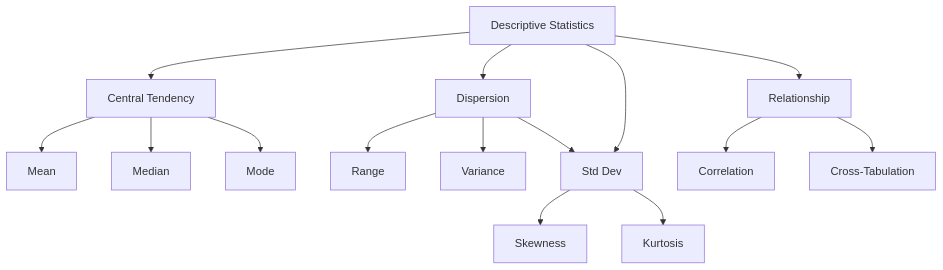
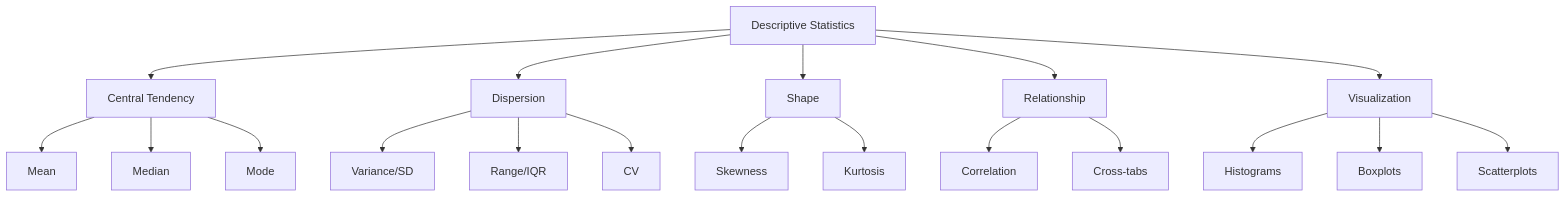
The third of 11 diagrams in 01-descriptive-statistics.md (muhammadsalek/statistics-for-scientists), drawn with Mermaid before and after one commit. The commit also changed other lines of this file, not shown here.

````diff
--- a/01-descriptive-statistics.md
+++ b/01-descriptive-statistics.md
@@ -322,21 +274,26 @@
 ```mermaid
 graph TD
     DS[Descriptive Statistics] --> CT[Central Tendency]
     DS --> DP[Dispersion]
     DS --> SD[Shape]
     DS --> RL[Relationship]
+    DS --> VI[Visualization]
     
     CT --> Mean[Mean]
     CT --> Median[Median]
     CT --> Mode[Mode]
     
-    DP --> Range[Range]
-    DP --> Variance[Variance]
-    DP --> SD[Std Dev]
+    DP --> Var[Variance/SD]
+    DP --> Range[Range/IQR]
+    DP --> CV[CV]
     
     SD --> Skew[Skewness]
     SD --> Kurt[Kurtosis]
     
     RL --> Corr[Correlation]
-    RL --> Cross[Cross-Tabulation]
+    RL --> Cross[Cross-tabs]
+    
+    VI --> Hist[Histograms]
+    VI --> Box[Boxplots]
+    VI --> Scat[Scatterplots]
 ```
````
